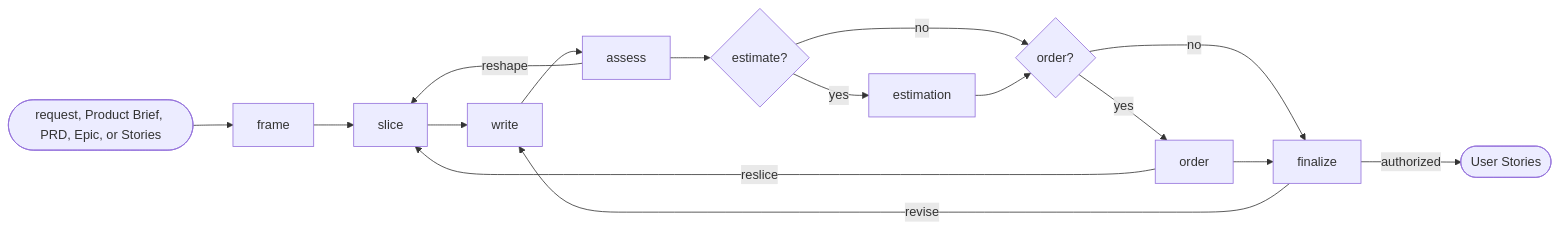
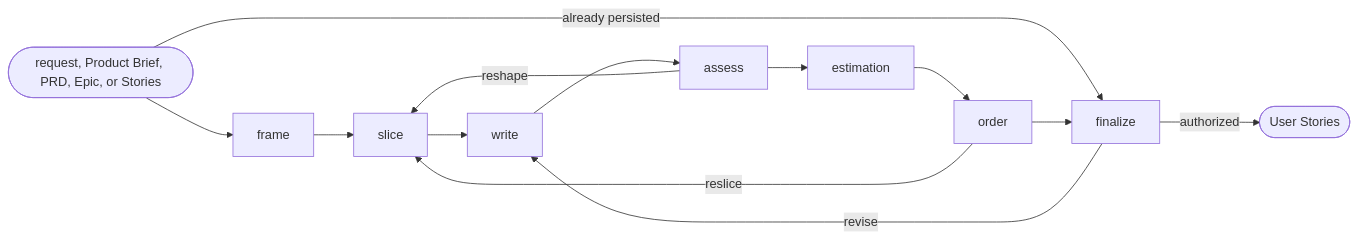
One commit to ai-driven-dev/aidd-framework changed the diagram in plugins/aidd-pm/skills/02-user-stories/SKILL.md. Above: the diagram before and after it, drawn with Mermaid. The commit also changed other lines of this file and 77 other files, not shown here.

````diff
--- a/plugins/aidd-pm/skills/02-user-stories/SKILL.md
+++ b/plugins/aidd-pm/skills/02-user-stories/SKILL.md
@@ -9,15 +9,10 @@
 ```mermaid
 flowchart LR
   source([request, Product Brief, PRD, Epic, or Stories]) --> frame --> slice --> write --> assess
+  source -->|"already persisted"| finalize
   assess -->|"reshape"| slice
-  assess --> estimate{"estimate?"}
-  estimate -->|"yes"| estimation
-  estimate -->|"no"| ordering
-  estimation --> ordering{"order?"}
-  ordering -->|"yes"| order
-  ordering -->|"no"| finalize
-  order --> finalize
+  assess --> estimation --> order --> finalize
   order -->|"reslice"| slice
   finalize -->|"revise"| write
   finalize -->|"authorized"| done([User Stories])
 ```
````
